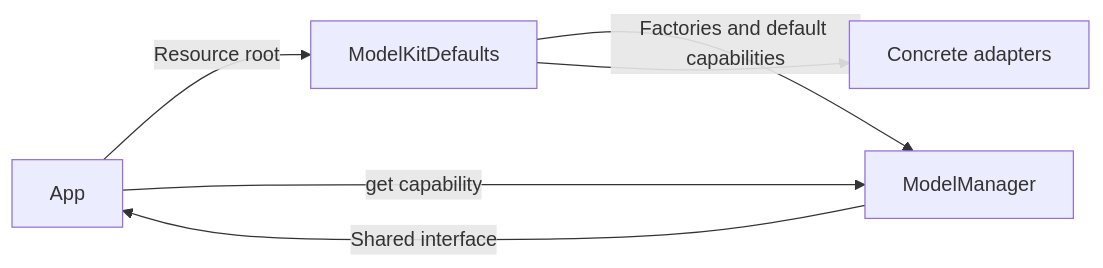
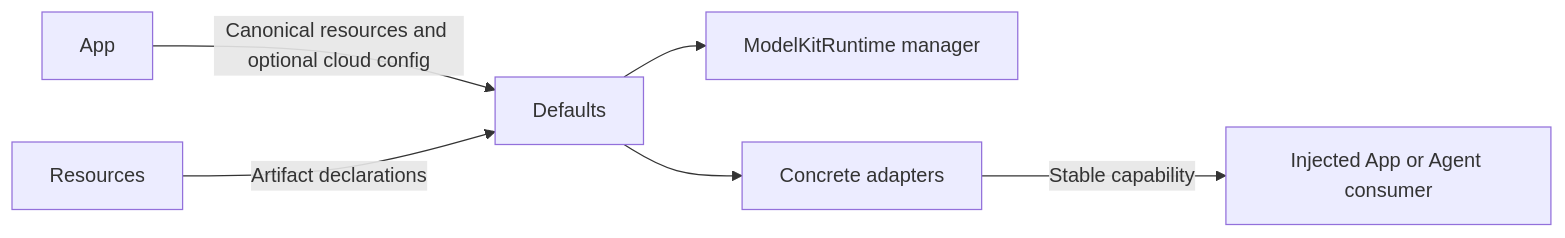
The diagram in MobileHarness/ModelKit/Defaults/README.md (devilyouwei/MobileHarness), drawn with Mermaid before and after one commit. The commit also changed other lines of this file and 116 other files, not shown here.

````diff
--- a/MobileHarness/ModelKit/Defaults/README.md
+++ b/MobileHarness/ModelKit/Defaults/README.md
@@ -16,8 +15,8 @@
 ```mermaid
 flowchart LR
-    App -->|Resource root| Defaults[ModelKitDefaults]
-    Defaults -->|Factories and default capabilities| Manager[ModelManager]
-    Defaults --> Adapters[Concrete adapters]
-    App -->|get capability| Manager
-    Manager -->|Shared interface| App
+ App -->|Canonical resources and optional cloud config| Defaults
+ Resources -->|Artifact declarations| Defaults
+ Defaults --> Manager[ModelKitRuntime manager]
+ Defaults --> Providers[Concrete adapters]
+ Providers -->|Stable capability| Consumers[Injected App or Agent consumer]
 ```
````
